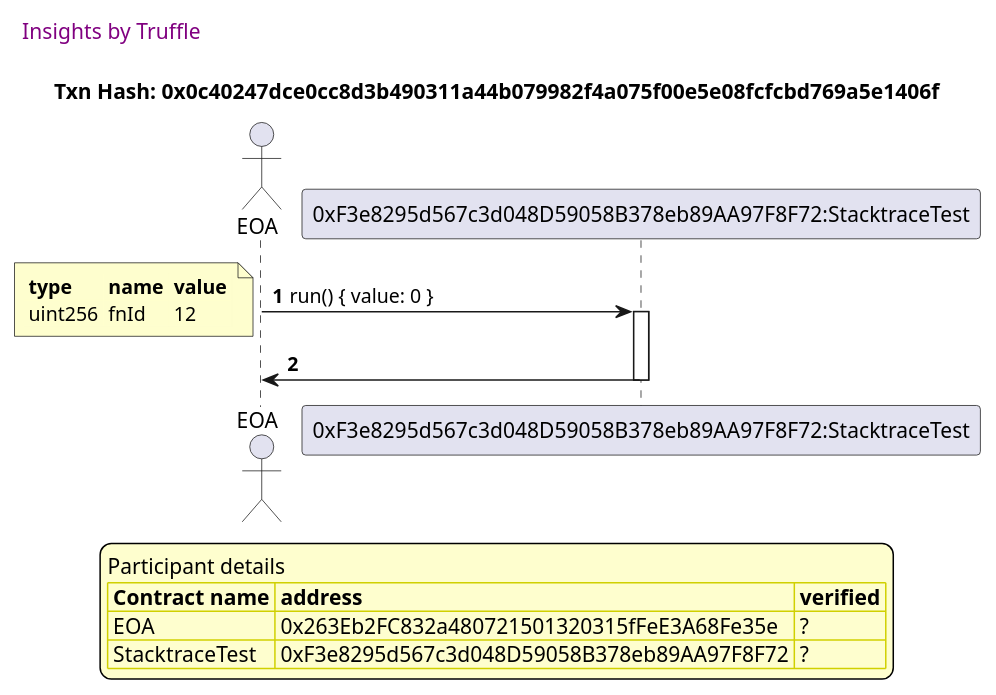
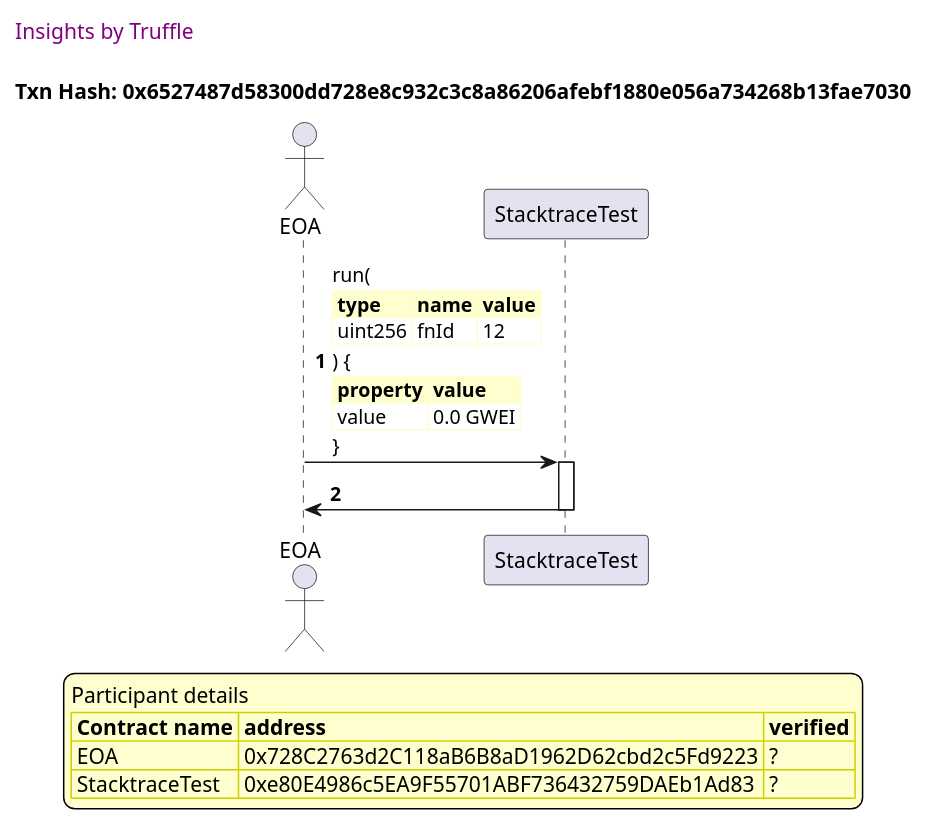
The second of 11 diagrams in truffle-seq/stacktrace.test.md (trufflesuite/txlog-seedlings), drawn with PlantUML before and after one commit. The commit also changed other lines of this file and 5 other files, not shown here.

````diff
--- a/truffle-seq/stacktrace.test.md
+++ b/truffle-seq/stacktrace.test.md
@@ -71,46 +77,48 @@
 ```plantuml
+
+
 @startuml
 
 autonumber
-
 skinparam legendBackgroundColor #FEFECE
 
 <style>
-
-header {
-  HorizontalAlignment left
-  FontColor purple
-  FontSize 14
-  Padding 10
-}
-
-</style>
-
+      header {
+        HorizontalAlignment left
+        FontColor purple
+        FontSize 14
+        Padding 10
+      }
+    </style>
 
 header Insights by Truffle
 
-title Txn Hash: 0x0c40247dce0cc8d3b490311a44b079982f4a075f00e5e08fcfcbd769a5e1406f
+title Txn Hash: 0x6527487d58300dd728e8c932c3c8a86206afebf1880e056a734268b13fae7030
+
 
 actor EOA as "EOA"
-participant StacktraceTest_01 as "0xF3e8295d567c3d048D59058B378eb89AA97F8F72:StacktraceTest"
 
-EOA -> StacktraceTest_01 ++: run() { value: 0 }
-note left #FEFECE
-<#FEFECE,#FEFECE>|= type |= name |= value |
-| uint256 | fnId | 12 |
-end note
+participant StacktraceTest as "StacktraceTest"
 
-StacktraceTest_01 -> EOA --: 
+"EOA" -> "StacktraceTest" ++: run(\n\
+<#FEFECE,#FEFECE>|= type |= name |= value |\n\
+| uint256 | fnId | 12 |\n\
+) {\n\
+<#FEFECE,#FEFECE>|= property |= value|\n\
+| value | 0.0 GWEI |\n\
+}
+
+"StacktraceTest" -> "EOA" --: 
+
 
 
 legend
 Participant details
 <#FEFECE,#D0D000>|= Contract name |= address |= verified |
-<#FEFECE>| EOA | 0x263Eb2FC832a480721501320315fFeE3A68Fe35e | ? |
-<#FEFECE>| StacktraceTest | 0xF3e8295d567c3d048D59058B378eb89AA97F8F72 | ? |
+<#FEFECE>| EOA | 0x728C2763d2C118aB6B8aD1962D62cbd2c5Fd9223 | ? |
+<#FEFECE>| StacktraceTest | 0xe80E4986c5EA9F55701ABF736432759DAEb1Ad83 | ? |
 endlegend
-
 
 
 @enduml
 ```
````
